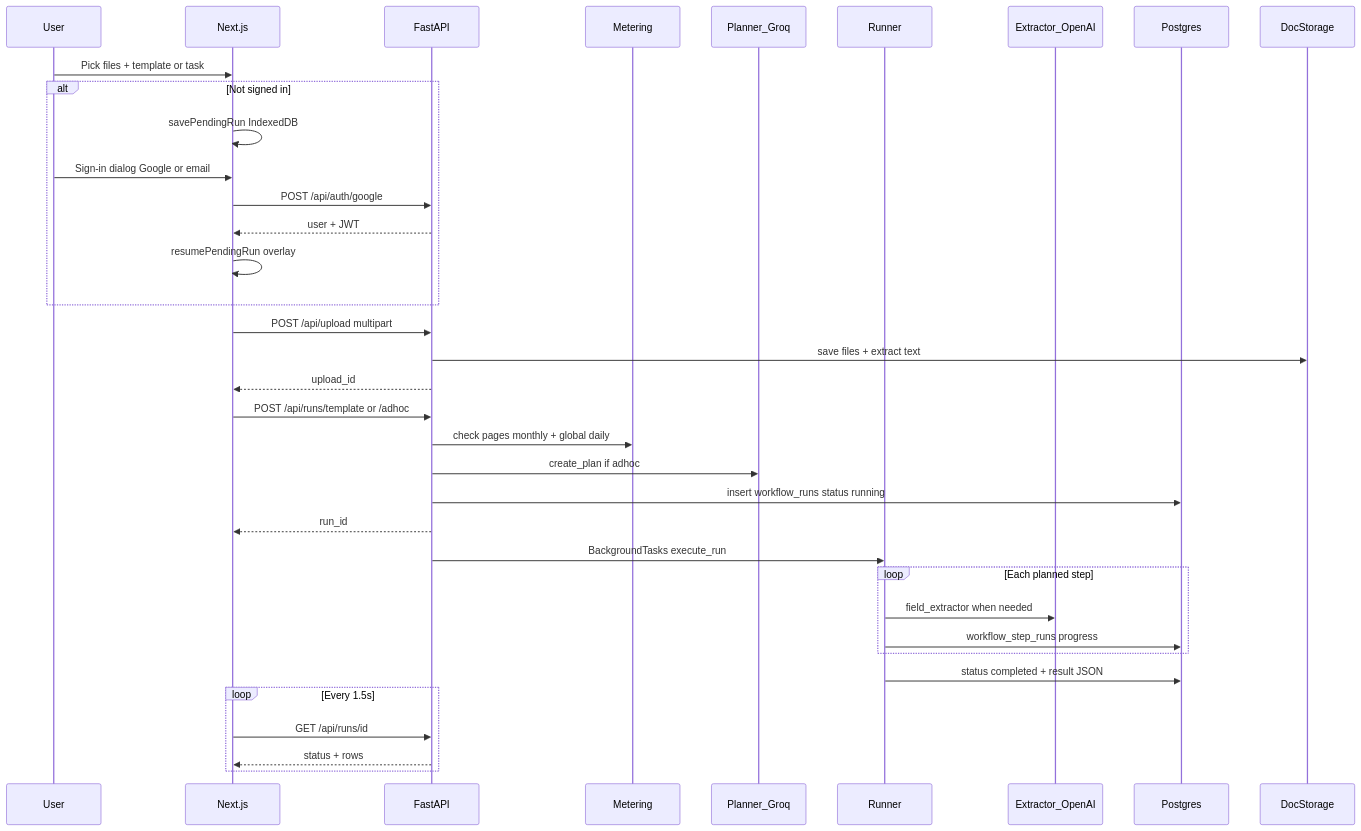
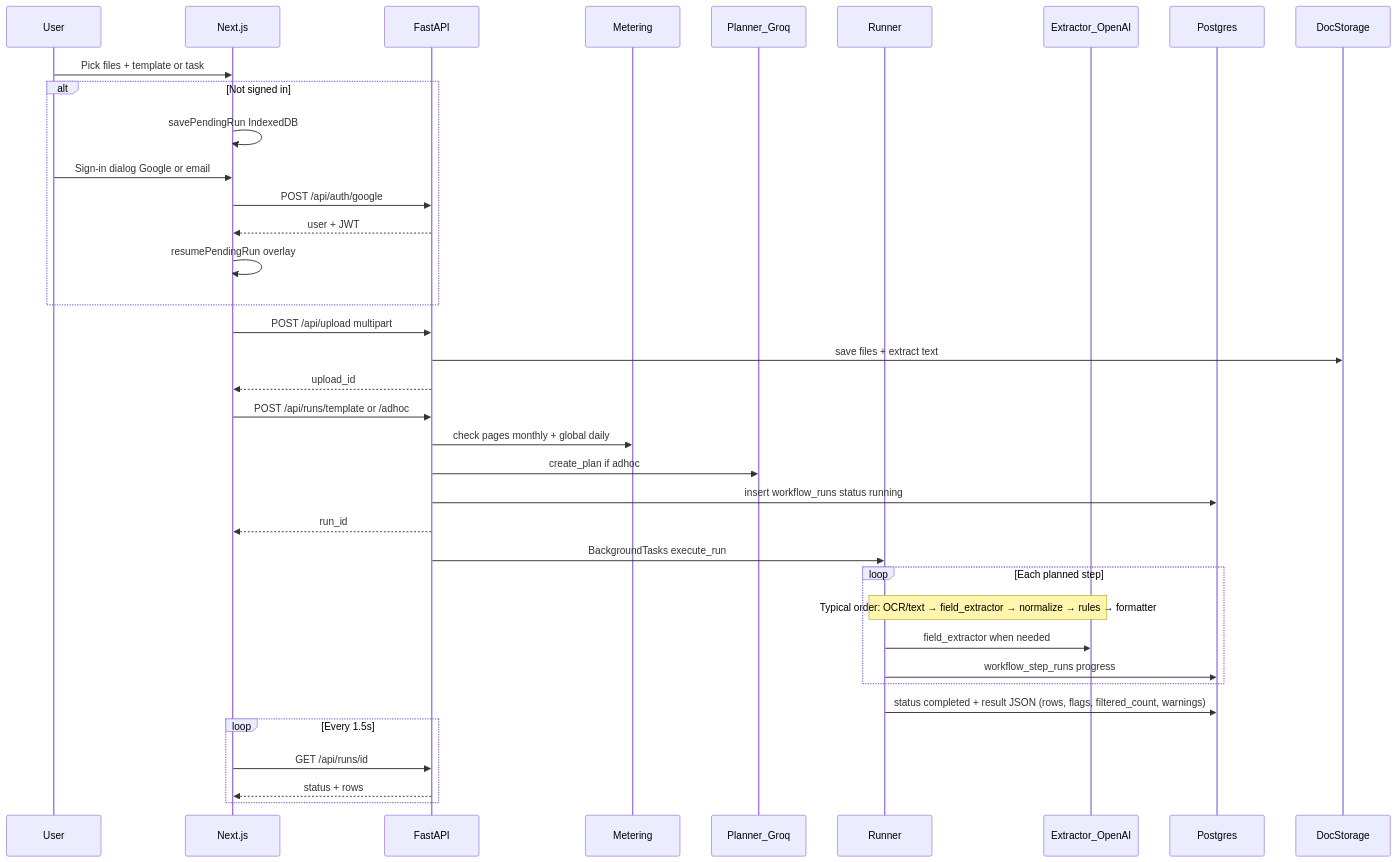
One commit to DeadPixel27/nexora changed the second of 7 diagrams in docs/ARCHITECTURE.md. Above: the diagram before and after it, drawn with Mermaid. The commit also changed other lines of this file, not shown here.

First line of the commit message:
Document normalize and rules pipeline in ARCHITECTURE.

````diff
--- a/docs/ARCHITECTURE.md
+++ b/docs/ARCHITECTURE.md
@@ -119,39 +119,40 @@
 ```mermaid
 sequenceDiagram
   participant U as User
   participant FE as Next.js
   participant API as FastAPI
   participant Meter as Metering
   participant Plan as Planner_Groq
   participant Run as Runner
   participant Ext as Extractor_OpenAI
   participant DB as Postgres
   participant Store as DocStorage
 
   U->>FE: Pick files + template or task
   alt Not signed in
     FE->>FE: savePendingRun IndexedDB
     U->>FE: Sign-in dialog Google or email
     FE->>API: POST /api/auth/google
     API-->>FE: user + JWT
     FE->>FE: resumePendingRun overlay
   end
   FE->>API: POST /api/upload multipart
   API->>Store: save files + extract text
   API-->>FE: upload_id
   FE->>API: POST /api/runs/template or /adhoc
   API->>Meter: check pages monthly + global daily
   API->>Plan: create_plan if adhoc
   API->>DB: insert workflow_runs status running
   API-->>FE: run_id
   API->>Run: BackgroundTasks execute_run
   loop Each planned step
+    Note over Run,Ext: Typical order: OCR/text → field_extractor → normalize → rules → formatter
     Run->>Ext: field_extractor when needed
     Run->>DB: workflow_step_runs progress
   end
-  Run->>DB: status completed + result JSON
+  Run->>DB: status completed + result JSON (rows, flags, filtered_count, warnings)
   loop Every 1.5s
     FE->>API: GET /api/runs/id
     API-->>FE: status + rows
   end
 ```
````
